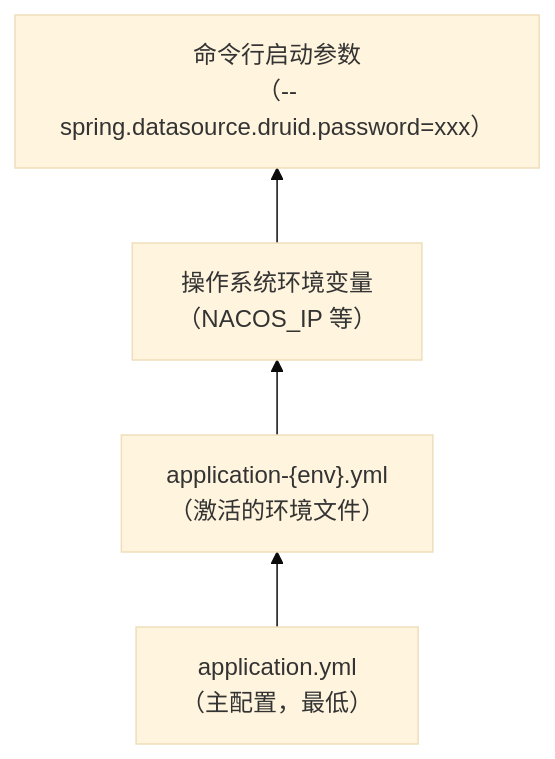
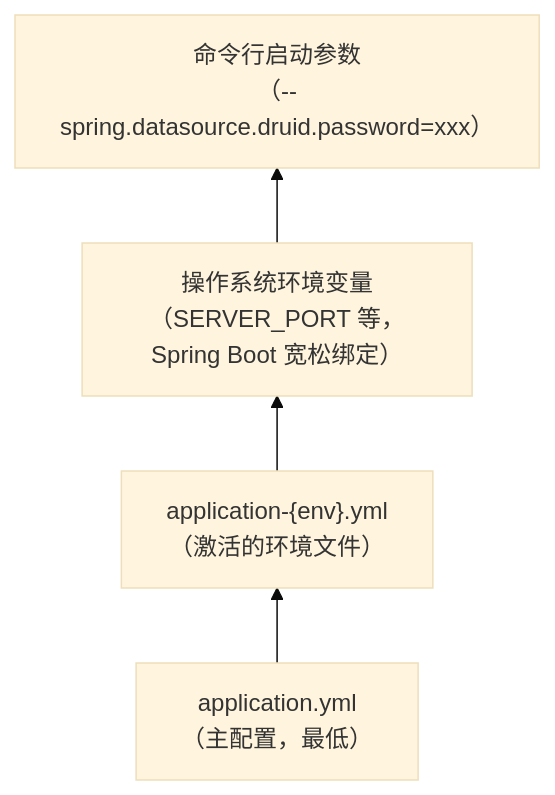
Before and after one commit to henhen6/mdp-docs: the diagram in src/config/后端配置-单体版.md, drawn with Mermaid (base theme). The commit also changed other lines of this file and 5 other files, not shown here.

````diff
--- a/src/config/后端配置-单体版.md
+++ b/src/config/后端配置-单体版.md
@@ -57,6 +57,6 @@
 ```mermaid
 flowchart BT
     A["application.yml<br/>（主配置，最低）"] --> B["application-{env}.yml<br/>（激活的环境文件）"]
-    B --> C["操作系统环境变量<br/>（NACOS_IP 等）"]
+    B --> C["操作系统环境变量<br/>（SERVER_PORT 等，Spring Boot 宽松绑定）"]
     C --> D["命令行启动参数<br/>（--spring.datasource.druid.password=xxx）"]
 ```
````
